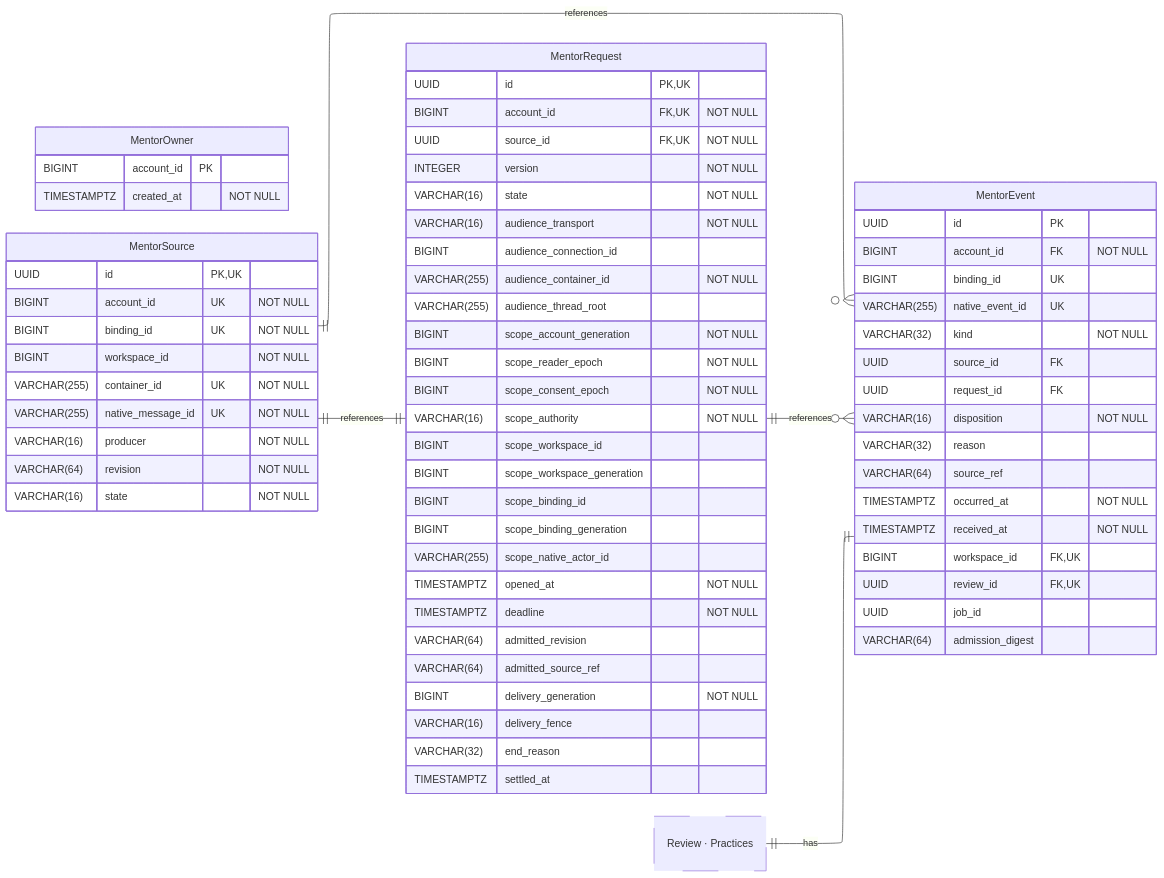
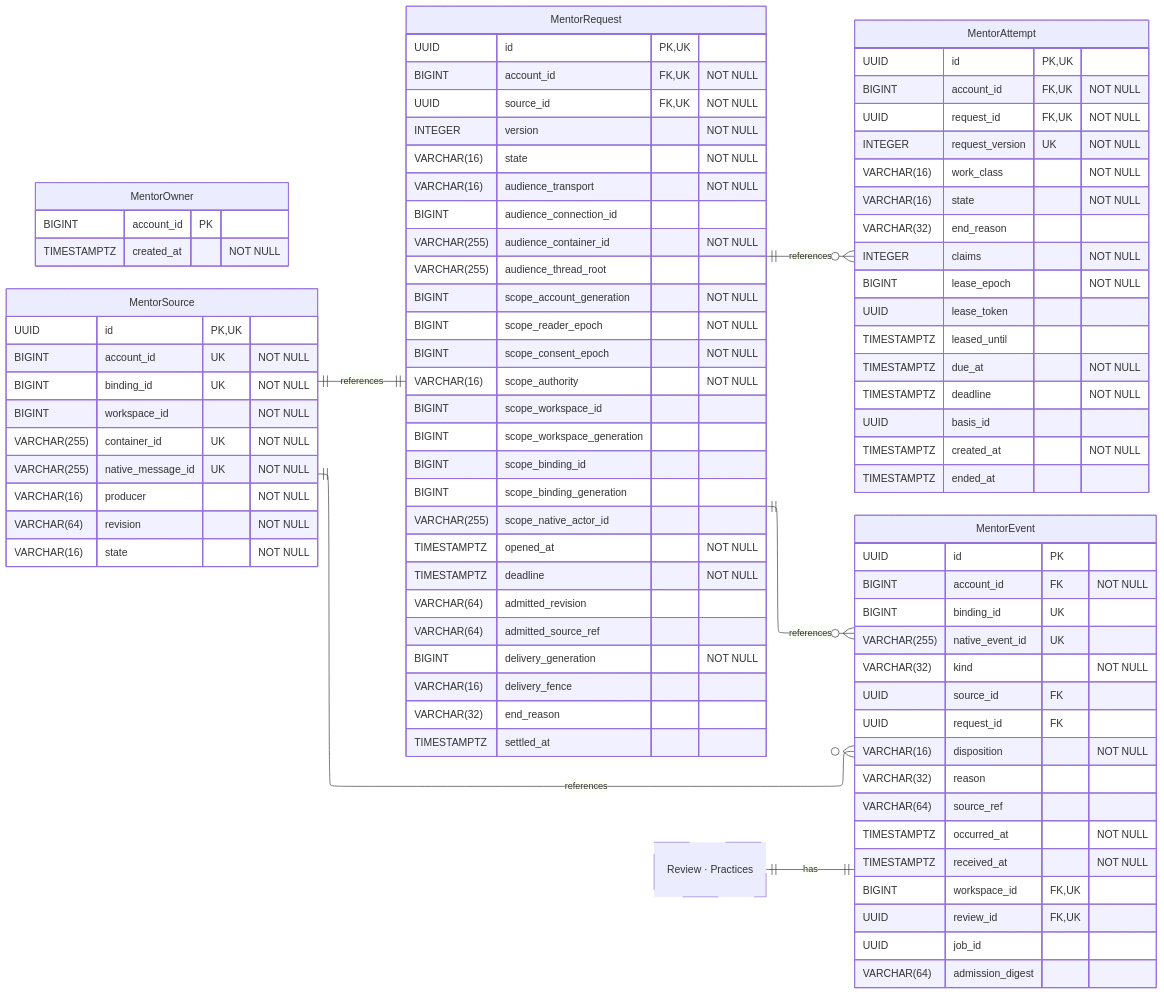
The diagram in docs/contributor/erd/mentor.mmd (hephaestus-build/Hephaestus), drawn with Mermaid before and after one commit. The commit also changed 1 other file, not shown here.

Commit message:
chore(server): format and regenerate the mentor diagram

```diff
--- a/docs/contributor/erd/mentor.mmd
+++ b/docs/contributor/erd/mentor.mmd
@@ -1,94 +1,114 @@
 ---
 config:
     layout: elk
 ---
 erDiagram
     %% Generated automatically from PostgreSQL database schema
     %% using scripts/generate-mermaid-erd.ts
     %% To regenerate: vp run db:generate-erd-docs
 
     direction LR
+
+    MentorAttempt {
+        UUID id PK,UK
+        BIGINT account_id FK,UK "NOT NULL"
+        UUID request_id FK,UK "NOT NULL"
+        INTEGER request_version UK "NOT NULL"
+        VARCHAR(16) work_class "NOT NULL"
+        VARCHAR(16) state "NOT NULL"
+        VARCHAR(32) end_reason
+        INTEGER claims "NOT NULL"
+        BIGINT lease_epoch "NOT NULL"
+        UUID lease_token
+        TIMESTAMPTZ leased_until
+        TIMESTAMPTZ due_at "NOT NULL"
+        TIMESTAMPTZ deadline "NOT NULL"
+        UUID basis_id
+        TIMESTAMPTZ created_at "NOT NULL"
+        TIMESTAMPTZ ended_at
+    }
 
     MentorEvent {
         UUID id PK
         BIGINT account_id FK "NOT NULL"
         BIGINT binding_id UK
         VARCHAR(255) native_event_id UK
         VARCHAR(32) kind "NOT NULL"
         UUID source_id FK
         UUID request_id FK
         VARCHAR(16) disposition "NOT NULL"
         VARCHAR(32) reason
         VARCHAR(64) source_ref
         TIMESTAMPTZ occurred_at "NOT NULL"
         TIMESTAMPTZ received_at "NOT NULL"
         BIGINT workspace_id FK,UK
         UUID review_id FK,UK
         UUID job_id
         VARCHAR(64) admission_digest
     }
 
     MentorOwner {
         BIGINT account_id PK
         TIMESTAMPTZ created_at "NOT NULL"
     }
 
     MentorRequest {
         UUID id PK,UK
         BIGINT account_id FK,UK "NOT NULL"
         UUID source_id FK,UK "NOT NULL"
         INTEGER version "NOT NULL"
         VARCHAR(16) state "NOT NULL"
         VARCHAR(16) audience_transport "NOT NULL"
         BIGINT audience_connection_id
         VARCHAR(255) audience_container_id "NOT NULL"
         VARCHAR(255) audience_thread_root
         BIGINT scope_account_generation "NOT NULL"
         BIGINT scope_reader_epoch "NOT NULL"
         BIGINT scope_consent_epoch "NOT NULL"
         VARCHAR(16) scope_authority "NOT NULL"
         BIGINT scope_workspace_id
         BIGINT scope_workspace_generation
         BIGINT scope_binding_id
         BIGINT scope_binding_generation
         VARCHAR(255) scope_native_actor_id
         TIMESTAMPTZ opened_at "NOT NULL"
         TIMESTAMPTZ deadline "NOT NULL"
         VARCHAR(64) admitted_revision
         VARCHAR(64) admitted_source_ref
         BIGINT delivery_generation "NOT NULL"
         VARCHAR(16) delivery_fence
         VARCHAR(32) end_reason
         TIMESTAMPTZ settled_at
     }
 
     MentorSource {
         UUID id PK,UK
         BIGINT account_id UK "NOT NULL"
         BIGINT binding_id UK "NOT NULL"
         BIGINT workspace_id "NOT NULL"
         VARCHAR(255) container_id UK "NOT NULL"
         VARCHAR(255) native_message_id UK "NOT NULL"
         VARCHAR(16) producer "NOT NULL"
         VARCHAR(64) revision "NOT NULL"
         VARCHAR(16) state "NOT NULL"
     }
 
     Review["Review · Practices"]
 
     %% Relationships
     %% One-to-One relationships
     Review ||--|| MentorEvent : has
     MentorSource ||--|| MentorRequest : references
 
     %% One-to-Many relationships
+    MentorRequest ||--o{ MentorAttempt : references
     MentorRequest ||--o{ MentorEvent : references
     MentorSource ||--o{ MentorEvent : references
 
     %% Styling
     classDef primaryEntity stroke-width:2px
     classDef associationEntity stroke-width:1px
     classDef metadataEntity stroke-width:1px
     classDef referenceEntity stroke-dasharray:5 5
 
     class Review referenceEntity
```
